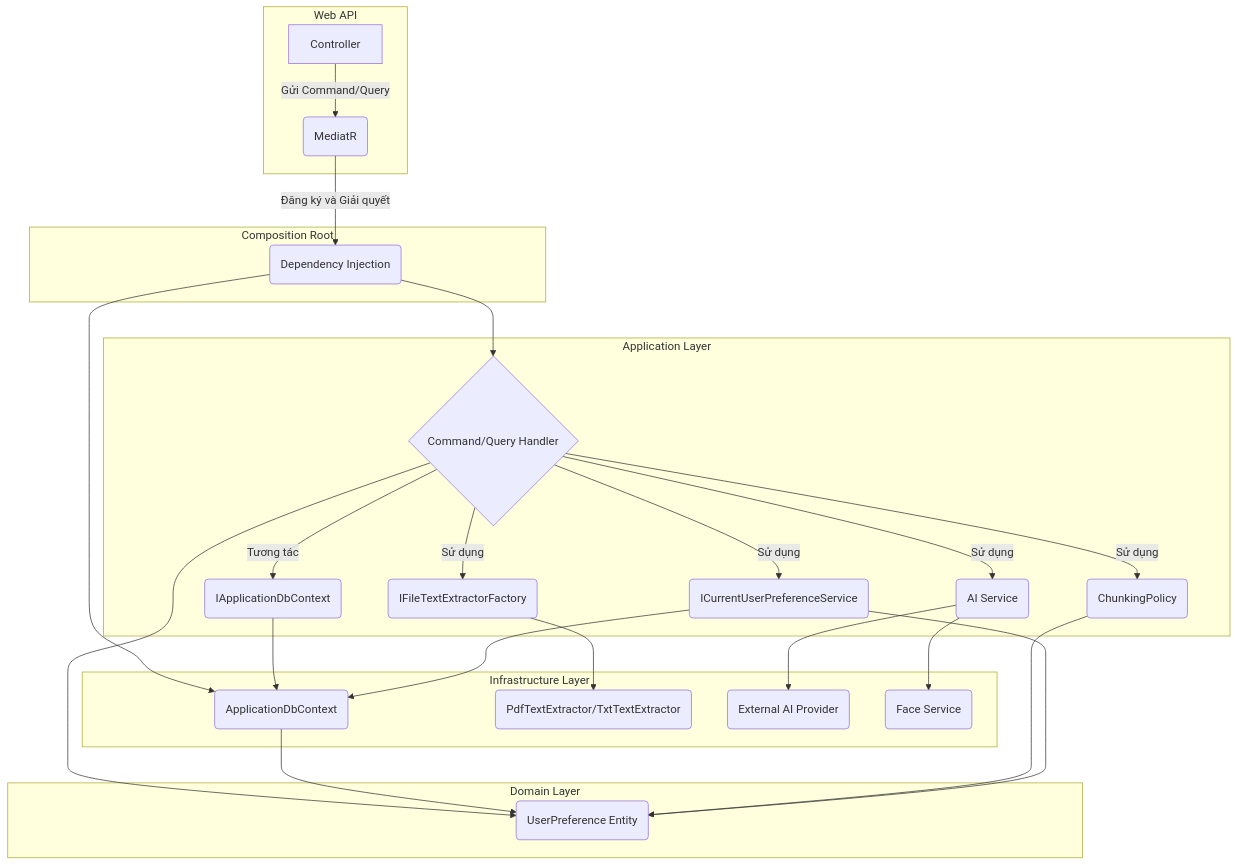
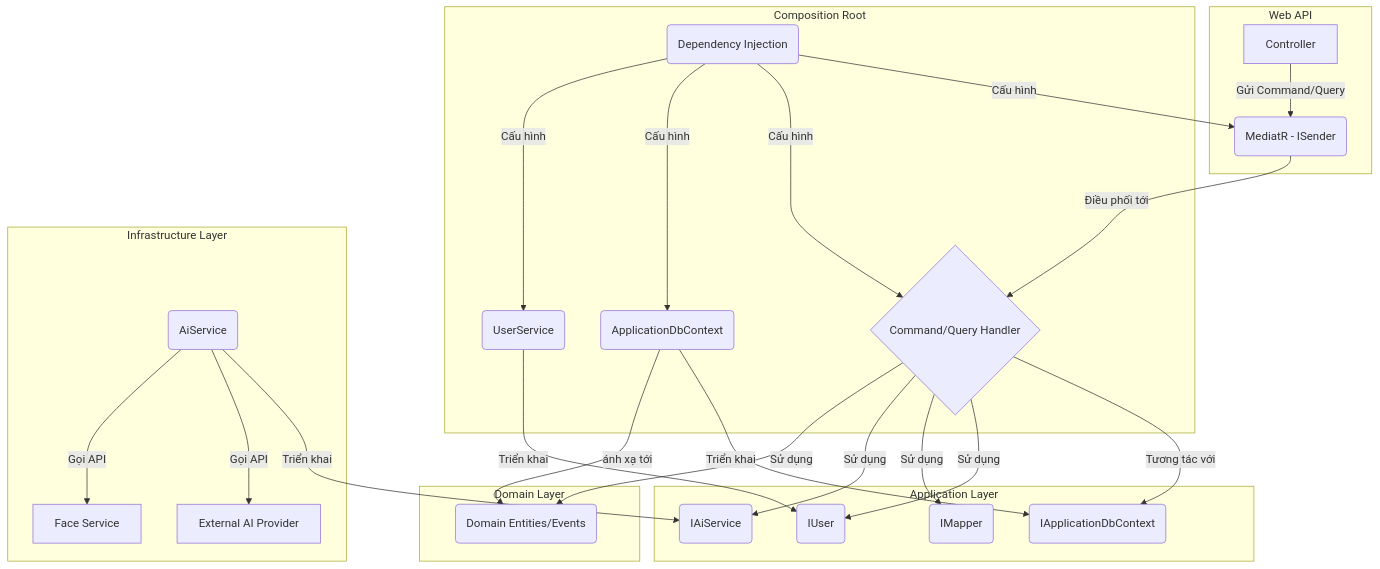
The fourth of 5 diagrams in docs/engineering/architecture.md (hkthao/family-tree-3), drawn with Mermaid before and after one commit. The commit also changed other lines of this file and 4 other files, not shown here.

````diff
--- a/docs/engineering/architecture.md
+++ b/docs/engineering/architecture.md
@@ -74,35 +77,34 @@
 ```mermaid
 graph TD
     subgraph "Web API"
-        A[Controller] -->|Gửi Command/Query| B(MediatR)
+        A[Controller] -- Gửi Command/Query --> B(MediatR - ISender)
     end
 
     subgraph "Composition Root"
-        B -->|Đăng ký và Giải quyết| CR(Dependency Injection)
+        CR(Dependency Injection) -- Cấu hình --> B
+        CR -- Cấu hình --> C
+        CR -- Cấu hình --> G
+        CR -- Cấu hình --> H
     end
 
     subgraph "Application Layer"
-        CR --> C{Command/Query Handler}
-        C -->|Tương tác| D(IApplicationDbContext)
-        C -->|Sử dụng| E(IFileTextExtractorFactory)
-        C -->|Sử dụng| F(ChunkingPolicy)
-        C -->|Sử dụng| UP(ICurrentUserPreferenceService)
-        C -->|Sử dụng| AI(AI Service)
+        B -- Điều phối tới --> C{Command/Query Handler}
+        C -- Tương tác với --> D(IApplicationDbContext)
+        C -- Sử dụng --> E(IUser)
+        C -- Sử dụng --> F(IMapper)
+        C -- Sử dụng --> AI(IAiService)
     end
 
     subgraph "Infrastructure Layer"
-        CR --> G(ApplicationDbContext)
-        D --> G
-        E --> H(PdfTextExtractor/TxtTextExtractor)
-        UP --> G
-        AI --> J(External AI Provider)
-        AI --> K(Face Service)
+        G(ApplicationDbContext) -- Triển khai --> D
+        H(UserService) -- Triển khai --> E
+        AI_Impl(AiService) -- Triển khai --> AI
+        AI_Impl -- Gọi API --> J[External AI Provider]
+        AI_Impl -- Gọi API --> K[Face Service]
     end
 
     subgraph "Domain Layer"
-        C --> I(Entities)
-        G --> I
-        F --> I
-        UP --> I(UserPreference Entity)
+        C -- Sử dụng --> I(Domain Entities/Events)
+        G -- ánh xạ tới --> I
     end
 ```
````
